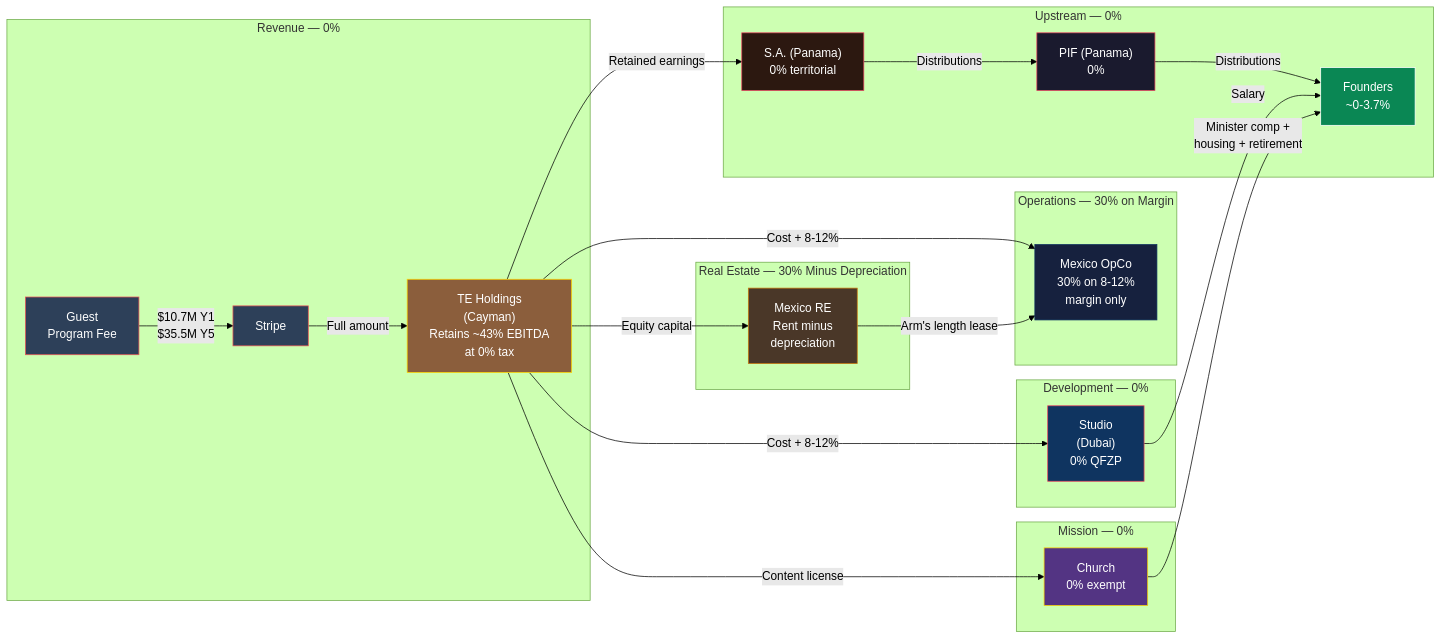
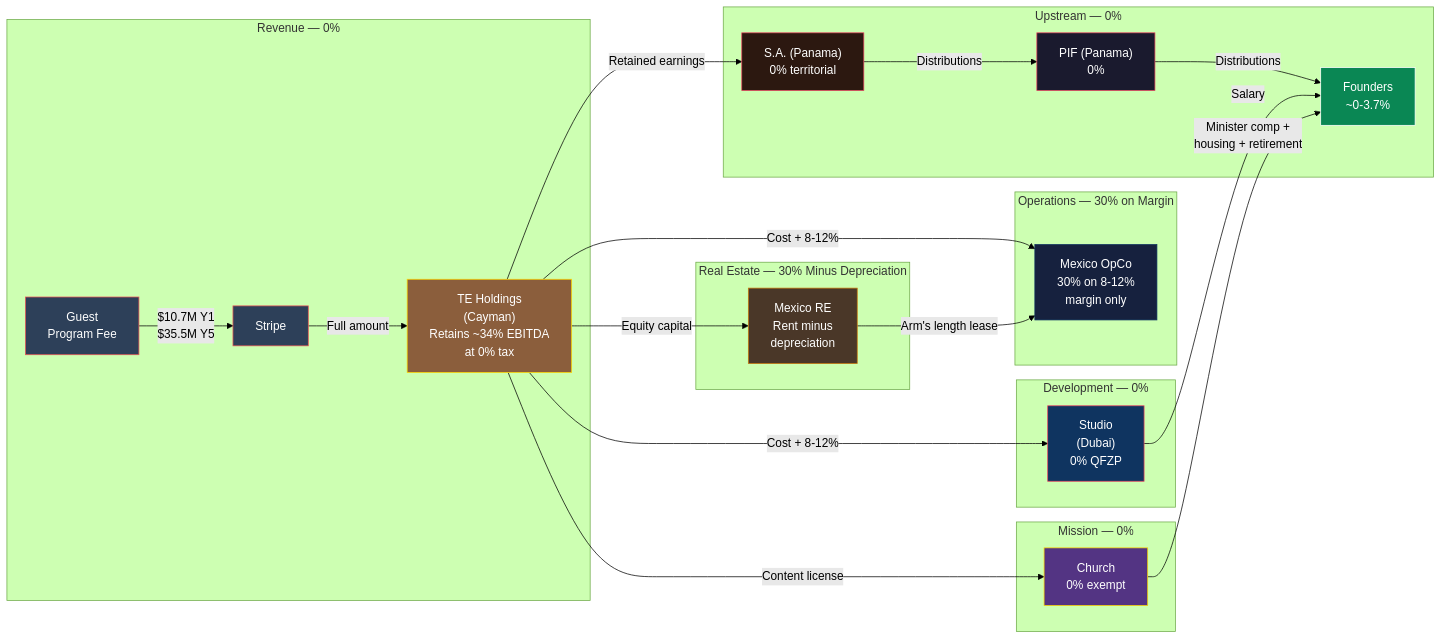
One commit to Light-Brands/epic-center changed the second of 5 diagrams in docs/tax-structure/00-EXECUTIVE-STRATEGY.md. Above: the diagram before and after it, drawn with Mermaid (forest theme). The commit also changed 65 other files, not shown here.

````diff
--- a/docs/tax-structure/00-EXECUTIVE-STRATEGY.md
+++ b/docs/tax-structure/00-EXECUTIVE-STRATEGY.md
@@ -88,54 +88,54 @@
 ```mermaid
 graph LR
     subgraph "Revenue — 0%"
         G["Guest<br/>Program Fee"]
         S["Stripe"]
-        CAYMAN["TE Holdings<br/>(Cayman)<br/>Retains ~43% EBITDA<br/>at 0% tax"]
+        CAYMAN["TE Holdings<br/>(Cayman)<br/>Retains ~34% EBITDA<br/>at 0% tax"]
     end
 
     subgraph "Development — 0%"
         UAE["Studio<br/>(Dubai)<br/>0% QFZP"]
     end
 
     subgraph "Operations — 30% on Margin"
         MEX["Mexico OpCo<br/>30% on 8-12%<br/>margin only"]
     end
 
     subgraph "Real Estate — 30% Minus Depreciation"
         RE["Mexico RE<br/>Rent minus<br/>depreciation"]
     end
 
     subgraph "Mission — 0%"
         CHURCH["Church<br/>0% exempt"]
     end
 
     subgraph "Upstream — 0%"
         SA["S.A. (Panama)<br/>0% territorial"]
         PIF["PIF (Panama)<br/>0%"]
         F["Founders<br/>~0-3.7%"]
     end
 
     G -->|"$10.7M Y1<br/>$35.5M Y5"| S
     S -->|"Full amount"| CAYMAN
     CAYMAN -->|"Cost + 8-12%"| UAE
     CAYMAN -->|"Cost + 8-12%"| MEX
     CAYMAN -->|"Equity capital"| RE
     RE -->|"Arm's length lease"| MEX
     CAYMAN -->|"Content license"| CHURCH
     CAYMAN -->|"Retained earnings"| SA
     SA -->|"Distributions"| PIF
     PIF -->|"Distributions"| F
     UAE -->|"Salary"| F
     CHURCH -->|"Minister comp +<br/>housing + retirement"| F
 
     style G fill:#2d4059,stroke:#ea5455,color:#fff
     style S fill:#2d4059,stroke:#ea5455,color:#fff
     style CAYMAN fill:#8b5e3c,stroke:#ffd700,color:#fff
     style UAE fill:#0f3460,stroke:#e94560,color:#fff
     style MEX fill:#16213e,stroke:#0f3460,color:#fff
     style RE fill:#4a3728,stroke:#c9770a,color:#fff
     style CHURCH fill:#533483,stroke:#ffd700,color:#fff
     style SA fill:#2c1810,stroke:#e94560,color:#fff
     style PIF fill:#1a1a2e,stroke:#e94560,color:#fff
     style F fill:#0a8754,stroke:#fff,color:#fff
 ```
````
